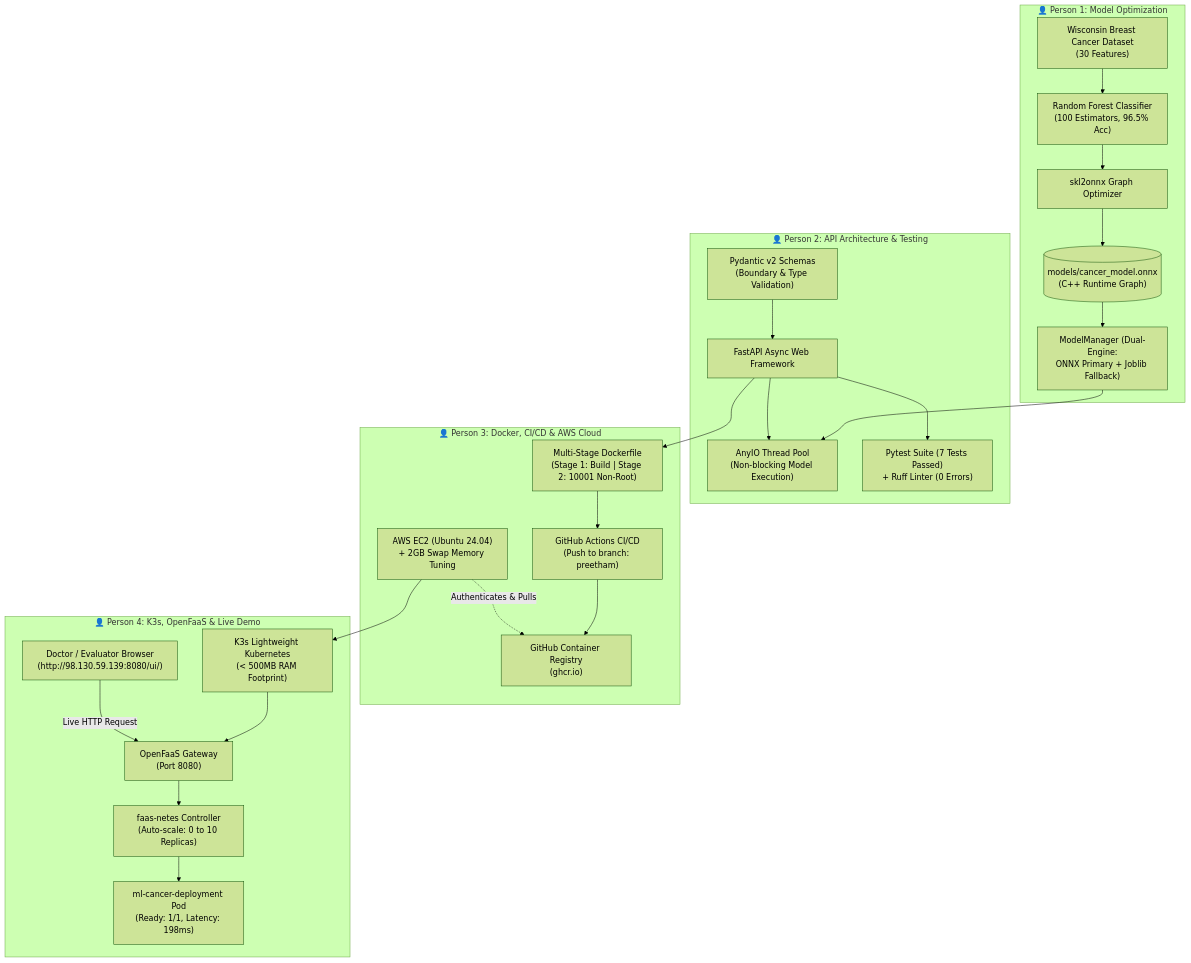
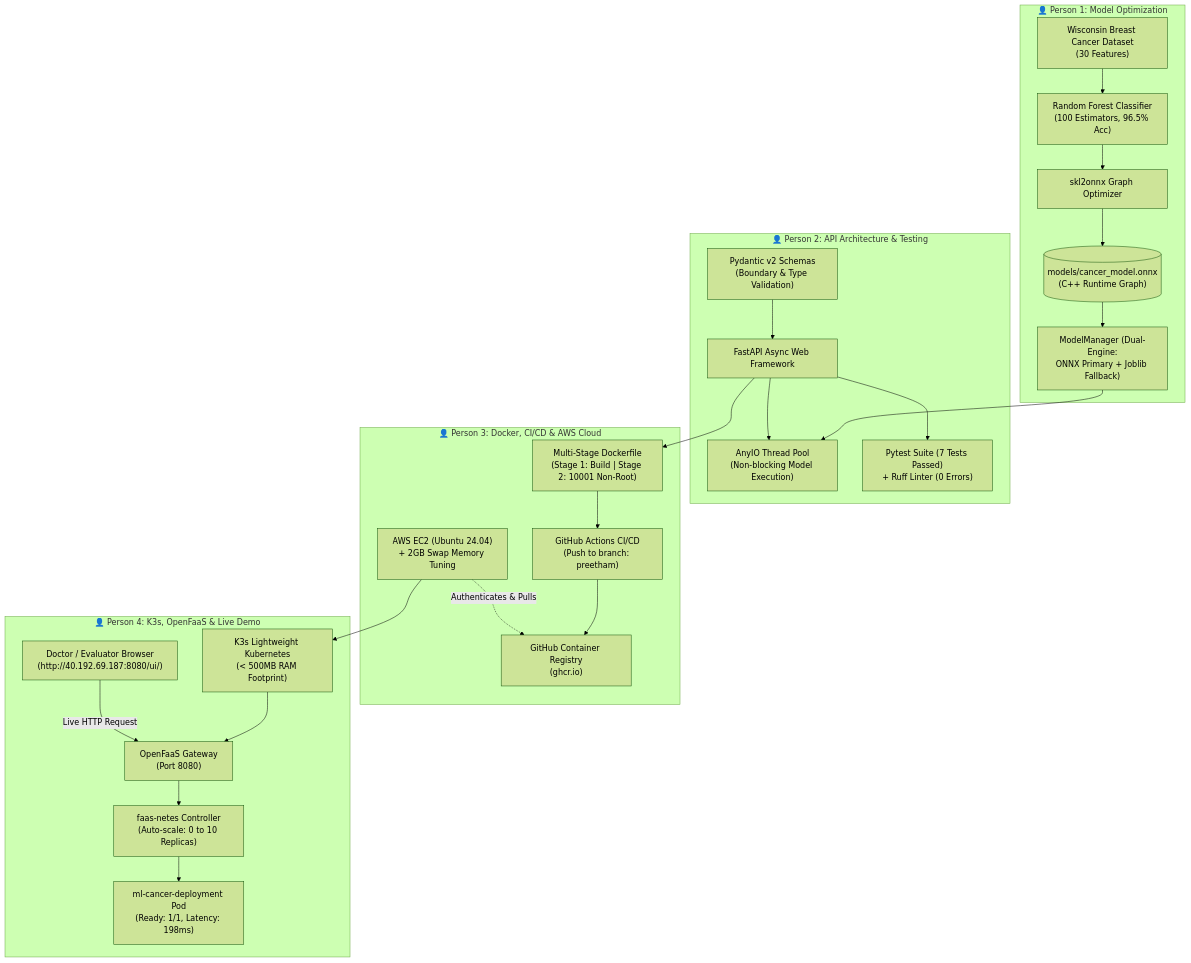
One commit to Taksh9347/Efficient-ML-Model-Deployment changed the first of 4 diagrams in presentation.md. Above: the diagram before and after it, drawn with Mermaid (forest theme). The commit also changed other lines of this file and 1 other file, not shown here.

````diff
--- a/presentation.md
+++ b/presentation.md
@@ -25,46 +25,46 @@
 ```mermaid
 flowchart TD
     subgraph P1_Scope ["👤 Person 1: Model Optimization"]
         Dataset["Wisconsin Breast Cancer Dataset\n(30 Features)"]
         Train["Random Forest Classifier\n(100 Estimators, 96.5% Acc)"]
         ONNXConv["skl2onnx Graph Optimizer"]
         ONNXFile[("models/cancer_model.onnx\n(C++ Runtime Graph)")]
         ModelMgr["ModelManager (Dual-Engine:\nONNX Primary + Joblib Fallback)"]
 
         Dataset --> Train --> ONNXConv --> ONNXFile --> ModelMgr
     end
 
     subgraph P2_Scope ["👤 Person 2: API Architecture & Testing"]
         Pydantic["Pydantic v2 Schemas\n(Boundary & Type Validation)"]
         FastAPIApp["FastAPI Async Web Framework"]
         ThreadPool["AnyIO Thread Pool\n(Non-blocking Model Execution)"]
         PytestSuite["Pytest Suite (7 Tests Passed)\n+ Ruff Linter (0 Errors)"]
 
         Pydantic --> FastAPIApp
         ModelMgr --> ThreadPool
         FastAPIApp --> ThreadPool
         FastAPIApp --> PytestSuite
     end
 
     subgraph P3_Scope ["👤 Person 3: Docker, CI/CD & AWS Cloud"]
         Dockerfile["Multi-Stage Dockerfile\n(Stage 1: Build | Stage 2: 10001 Non-Root)"]
         GHActions["GitHub Actions CI/CD\n(Push to branch: preetham)"]
         GHCR["GitHub Container Registry\n(ghcr.io)"]
         AWSEC2["AWS EC2 (Ubuntu 24.04)\n+ 2GB Swap Memory Tuning"]
 
         FastAPIApp --> Dockerfile
         Dockerfile --> GHActions --> GHCR
         AWSEC2 -.->|Authenticates & Pulls| GHCR
     end
 
     subgraph P4_Scope ["👤 Person 4: K3s, OpenFaaS & Live Demo"]
         K3s["K3s Lightweight Kubernetes\n(< 500MB RAM Footprint)"]
         OFGateway["OpenFaaS Gateway\n(Port 8080)"]
         OFOperator["faas-netes Controller\n(Auto-scale: 0 to 10 Replicas)"]
         LivePod["ml-cancer-deployment Pod\n(Ready: 1/1, Latency: 198ms)"]
-        BrowserUI["Doctor / Evaluator Browser\n(http://98.130.59.139:8080/ui/)"]
+        BrowserUI["Doctor / Evaluator Browser\n(http://40.192.69.187:8080/ui/)"]
 
         AWSEC2 --> K3s --> OFGateway --> OFOperator --> LivePod
         BrowserUI -->|Live HTTP Request| OFGateway
     end
 ```
````
